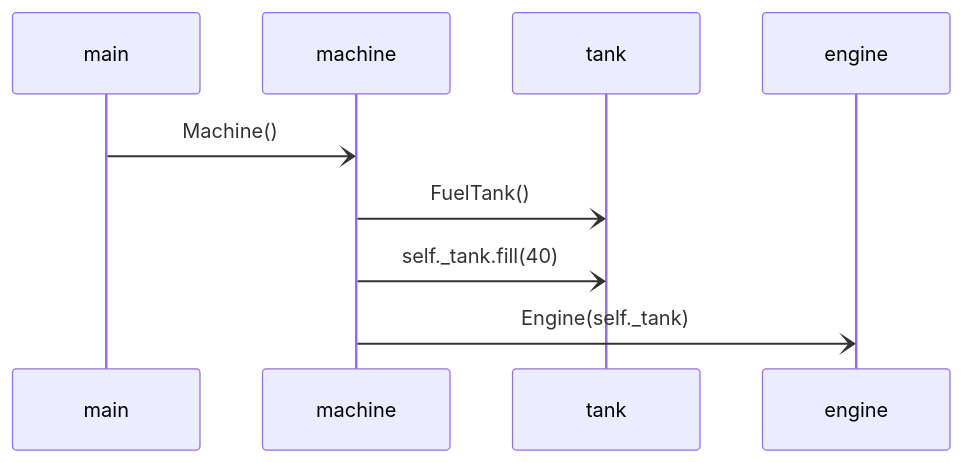
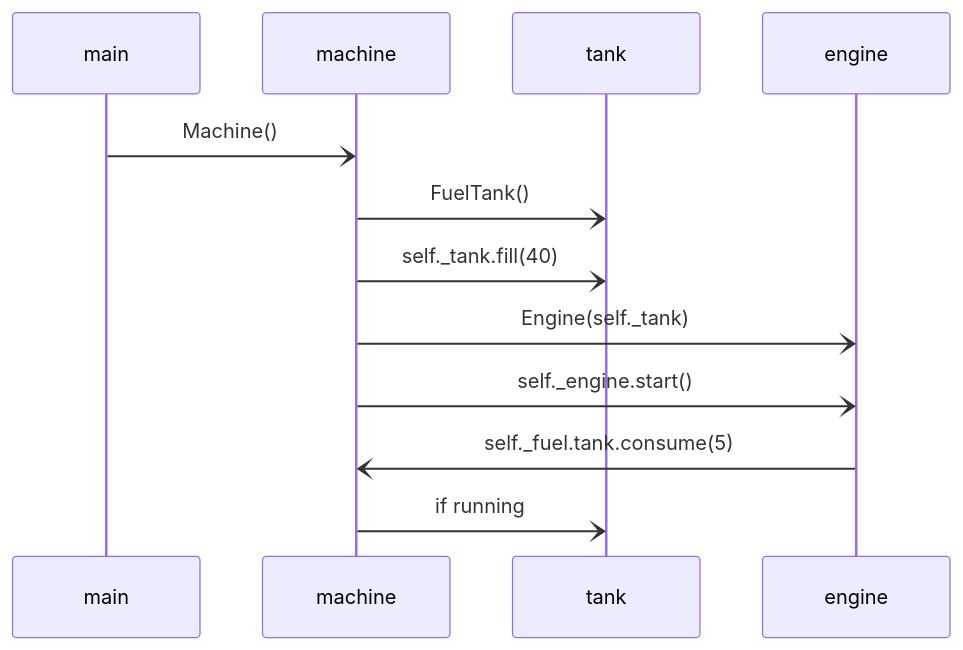
The diagram in laskarit/viikko3/machine.md (Aaltonenn/ot-harjoitustyo), drawn with Mermaid before and after one commit.

````diff
--- a/laskarit/viikko3/machine.md
+++ b/laskarit/viikko3/machine.md
@@ -2,8 +2,11 @@
 ```mermaid
 sequenceDiagram
     main-)machine: Machine() 
     machine-)tank: FuelTank()
     machine-)tank: self._tank.fill(40)
     machine-)engine: Engine(self._tank)
+    machine-)engine: self._engine.start()
+    engine-)machine: self._fuel.tank.consume(5)
+    machine-)tank: if running
 
 ```
````
